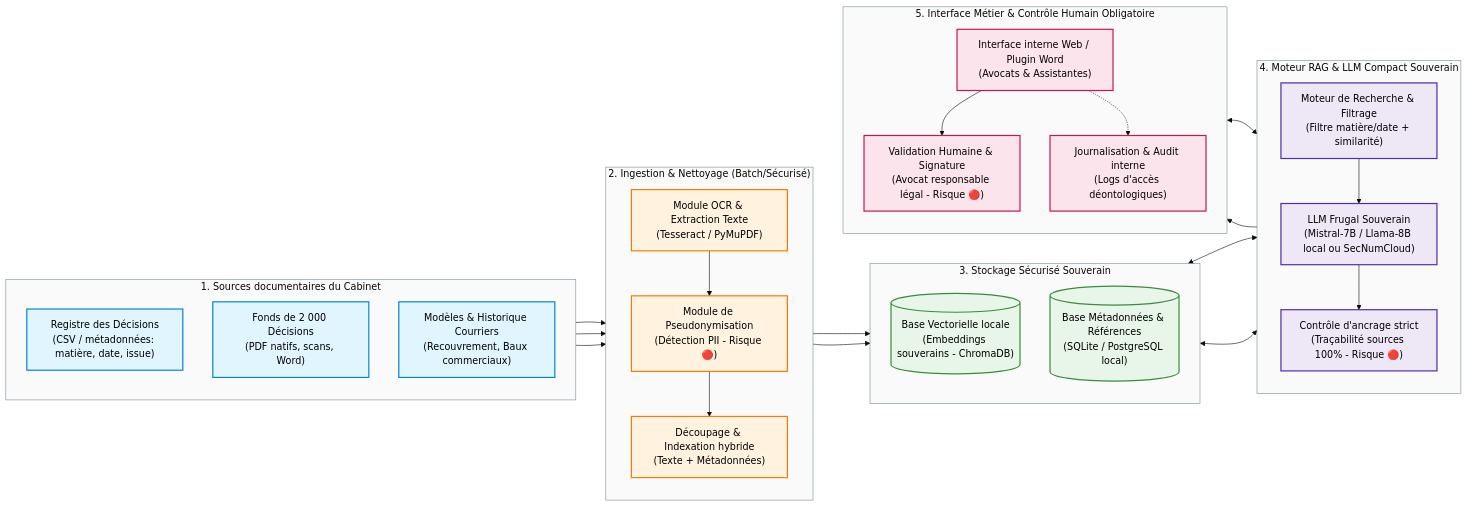
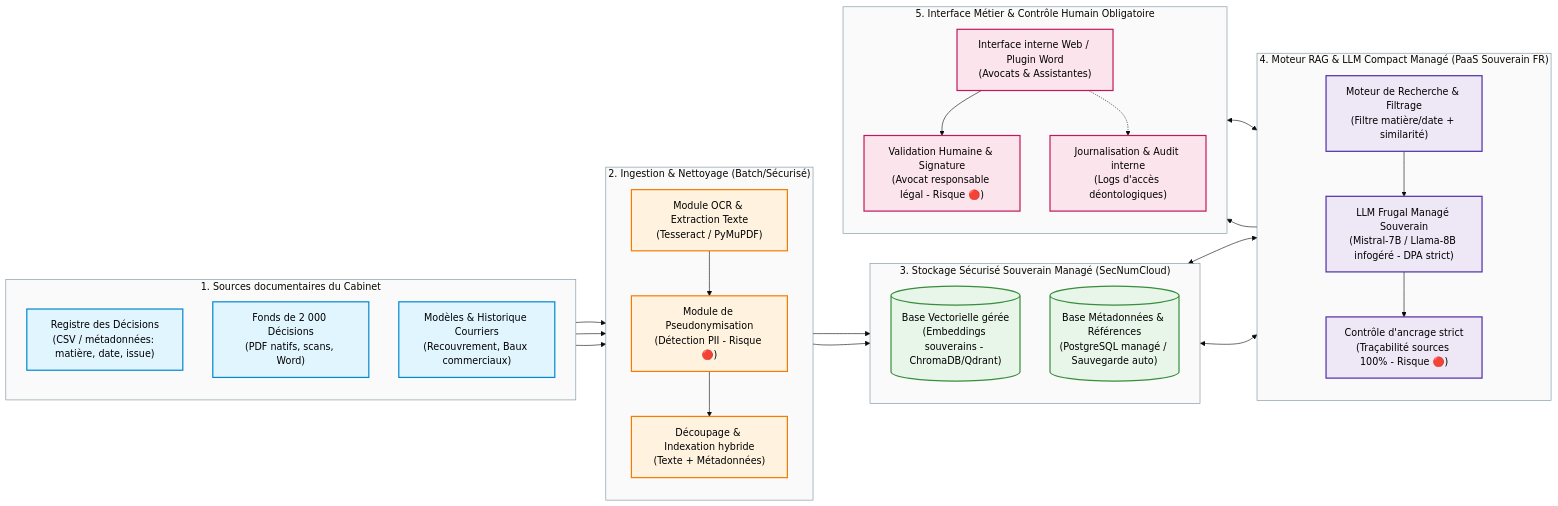
The diagram in schema_archi_cible.md (Franck-Beugnet/M8-B1-cadrage-franck), drawn with Mermaid before and after one commit. The commit also changed other lines of this file and 2 other files, not shown here.

Commit message:
doc(cadrage) : imprevu

````diff
--- a/schema_archi_cible.md
+++ b/schema_archi_cible.md
@@ -8,64 +8,64 @@
 ```mermaid
 %%{init: {'theme': 'base', 'themeVariables': { 'primaryTextColor': '#000000', 'textColor': '#000000', 'clusterBkg': '#fafafa', 'clusterBorder': '#78909c' }}}%%
 flowchart LR
     subgraph SOUR["1. Sources documentaires du Cabinet"]
         direction TB
         REG["Registre des Décisions<br/>(CSV / métadonnées: matière, date, issue)"]
         DOCS["Fonds de 2 000 Décisions<br/>(PDF natifs, scans, Word)"]
         MODELS["Modèles & Historique Courriers<br/>(Recouvrement, Baux commerciaux)"]
     end
 
     subgraph INGEST["2. Ingestion & Nettoyage (Batch/Sécurisé)"]
         direction TB
         OCR["Module OCR & Extraction Texte<br/>(Tesseract / PyMuPDF)"]
         ANON["Module de Pseudonymisation<br/>(Détection PII - Risque 🔴)"]
         CHUNKER["Découpage & Indexation hybride<br/>(Texte + Métadonnées)"]
         OCR --> ANON --> CHUNKER
     end
 
-    subgraph STOCK["3. Stockage Sécurisé Souverain"]
+    subgraph STOCK["3. Stockage Sécurisé Souverain Managé (SecNumCloud)"]
         direction TB
-        VDB[("Base Vectorielle locale<br/>(Embeddings souverains - ChromaDB)")]
-        SQLDB[("Base Métadonnées & Références<br/>(SQLite / PostgreSQL local)")]
+        VDB[("Base Vectorielle gérée<br/>(Embeddings souverains - ChromaDB/Qdrant)")]
+        SQLDB[("Base Métadonnées & Références<br/>(PostgreSQL managé / Sauvegarde auto)")]
     end
 
-    subgraph MOTOR["4. Moteur RAG & LLM Compact Souverain"]
+    subgraph MOTOR["4. Moteur RAG & LLM Compact Managé (PaaS Souverain FR)"]
         direction TB
         RETRIEVER["Moteur de Recherche & Filtrage<br/>(Filtre matière/date + similarité)"]
-        LLM["LLM Frugal Souverain<br/>(Mistral-7B / Llama-8B local ou SecNumCloud)"]
+        LLM["LLM Frugal Managé Souverain<br/>(Mistral-7B / Llama-8B infogéré - DPA strict)"]
         GROUNDING["Contrôle d'ancrage strict<br/>(Traçabilité sources 100% - Risque 🔴)"]
         RETRIEVER --> LLM --> GROUNDING
     end
 
     subgraph USER["5. Interface Métier & Contrôle Humain Obligatoire"]
         direction TB
         UI["Interface interne Web / Plugin Word<br/>(Avocats & Assistantes)"]
         REVUE["Validation Humaine & Signature<br/>(Avocat responsable légal - Risque 🔴)"]
         LOGS["Journalisation & Audit interne<br/>(Logs d'accès déontologiques)"]
         UI --> REVUE
         UI -.-> LOGS
     end
 
     %% Flux de données
     DOCS --> OCR
     REG --> CHUNKER
     MODELS --> ANON
     CHUNKER --> VDB
     CHUNKER --> SQLDB
     SQLDB <--> RETRIEVER
     VDB <--> RETRIEVER
     UI <--> RETRIEVER
     GROUNDING --> UI
 
     classDef sourceStyle fill:#e1f5fe,stroke:#0288d1,stroke-width:2px,color:#000000;
     classDef processStyle fill:#fff3e0,stroke:#f57c00,stroke-width:2px,color:#000000;
     classDef storageStyle fill:#e8f5e9,stroke:#388e3c,stroke-width:2px,color:#000000;
     classDef aiStyle fill:#ede7f6,stroke:#512da8,stroke-width:2px,color:#000000;
     classDef userStyle fill:#fce4ec,stroke:#c2185b,stroke-width:2px,color:#000000;
 
     class REG,DOCS,MODELS sourceStyle;
     class OCR,ANON,CHUNKER processStyle;
     class VDB,SQLDB storageStyle;
     class RETRIEVER,LLM,GROUNDING aiStyle;
     class UI,REVUE,LOGS userStyle;
 ```
````
